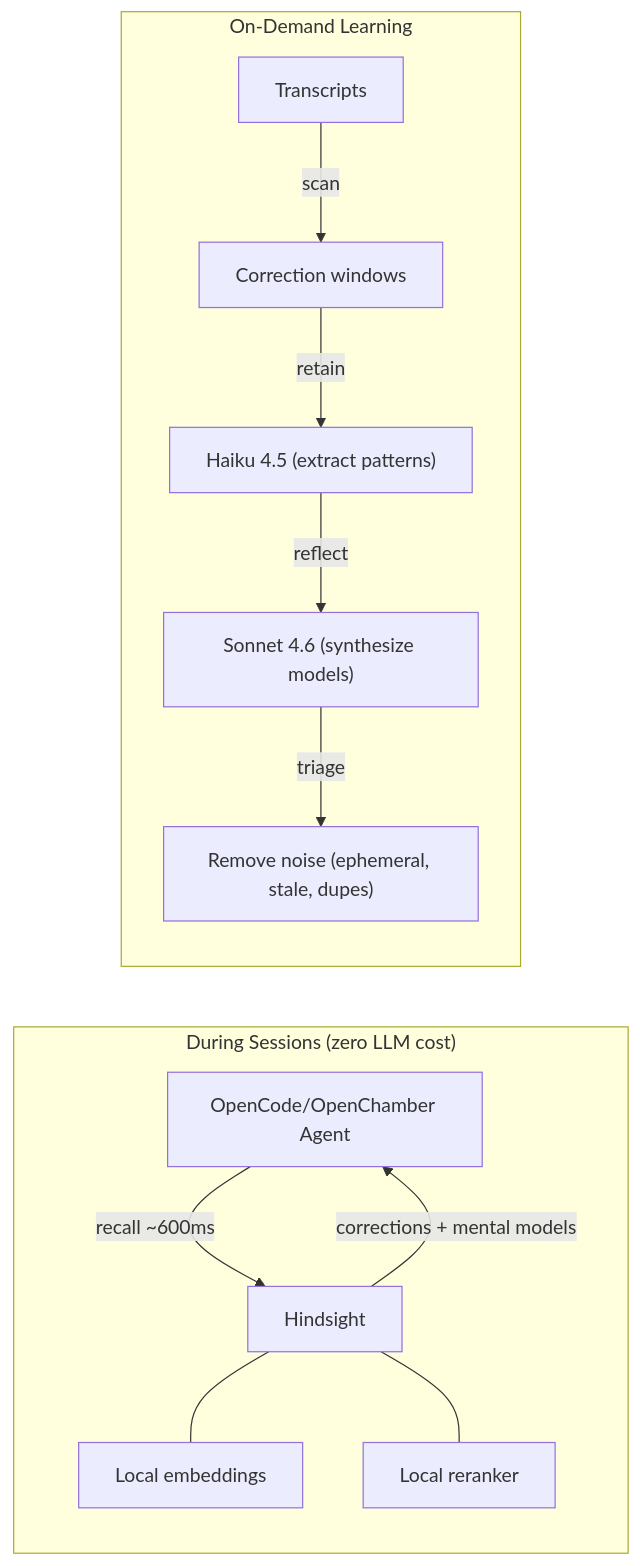
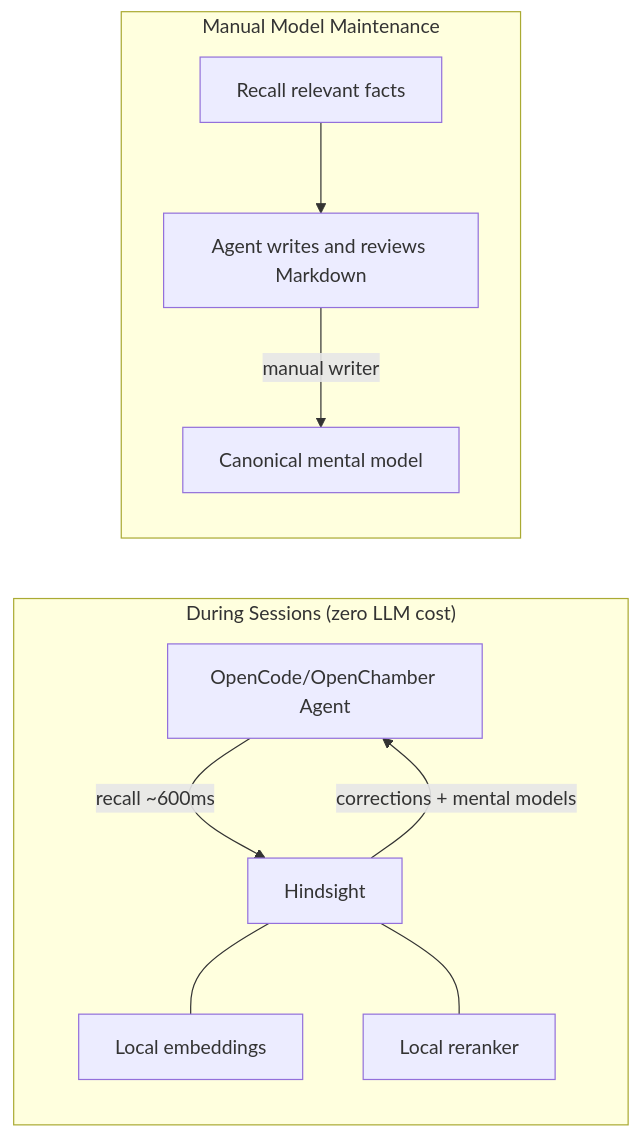
Before and after one commit to jordigilh/engram: the first of 4 diagrams in docs/README.md, drawn with Mermaid. The commit also changed other lines of this file and 7 other files, not shown here.

````diff
--- a/docs/README.md
+++ b/docs/README.md
@@ -24,16 +24,14 @@
 ```mermaid
 flowchart LR
     subgraph session["During Sessions (zero LLM cost)"]
         A[OpenCode/OpenChamber Agent] -->|recall ~600ms| B[Hindsight]
         B -->|"corrections + mental models"| A
         B --- emb[Local embeddings]
         B --- rnk[Local reranker]
     end
 
-    subgraph maintenance["On-Demand Learning"]
-        C[Transcripts] -->|scan| D[Correction windows]
-        D -->|retain| E["Haiku 4.5 (extract patterns)"]
-        E -->|reflect| F["Sonnet 4.6 (synthesize models)"]
-        F -->|triage| G["Remove noise (ephemeral, stale, dupes)"]
+    subgraph maintenance["Manual Model Maintenance"]
+        C[Recall relevant facts] --> D["Agent writes and reviews Markdown"]
+        D -->|manual writer| E["Canonical mental model"]
     end
 ```
````
